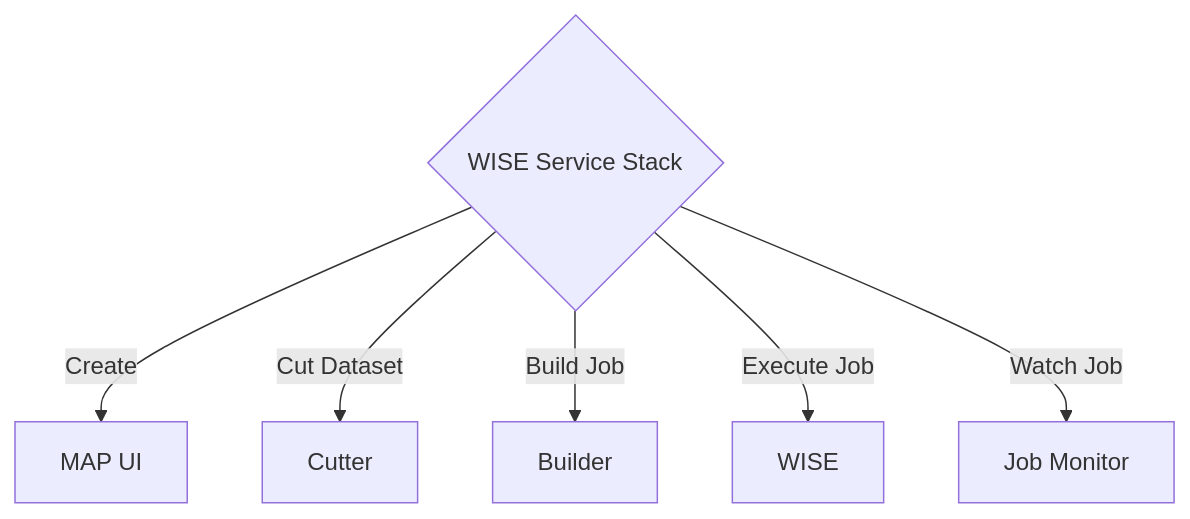
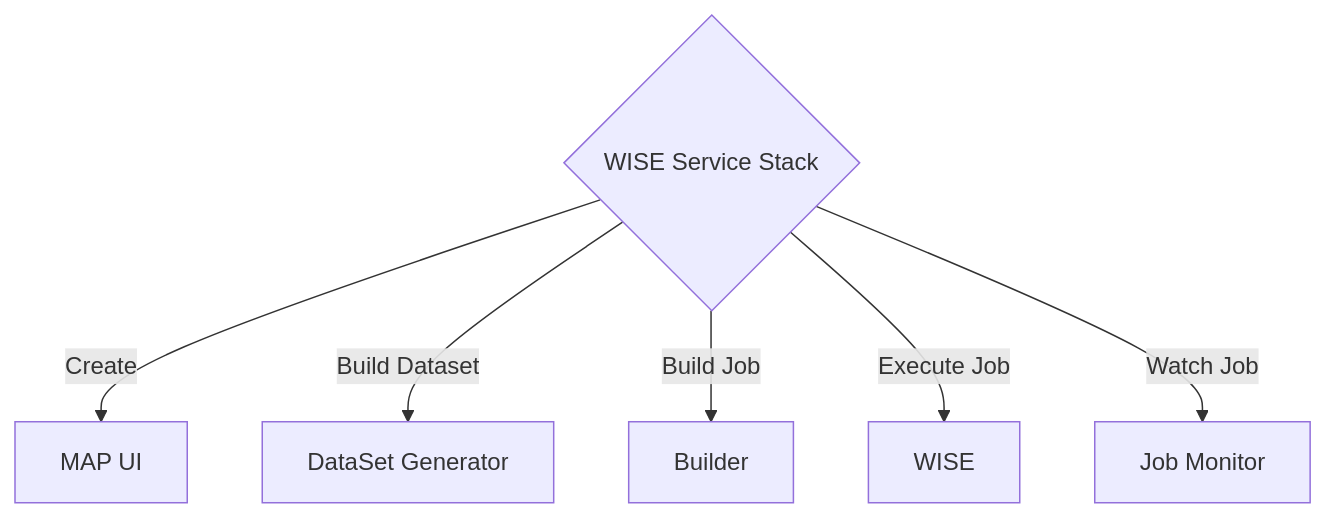
Before and after one commit to WISE-Developers/wise_service: the diagram in README.md, drawn with Mermaid. The commit also changed other lines of this file, not shown here.

````diff
--- a/README.md
+++ b/README.md
@@ -7,9 +6,9 @@
 ```mermaid
 flowchart TD
   A{WISE Service Stack}
   A -->|Create| B[MAP UI]
-  A -->|Cut Dataset| G[Cutter]
+  A -->|Build Dataset| G[DataSet Generator]
   A -->|Build Job| E[Builder]
   A -->|Execute Job| D[WISE]
   A -->|Watch Job| F[Job Monitor]
 ```
````
